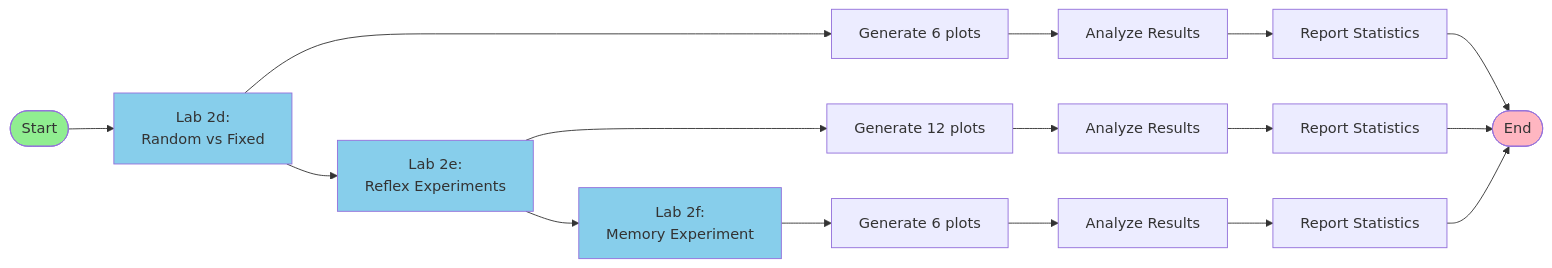
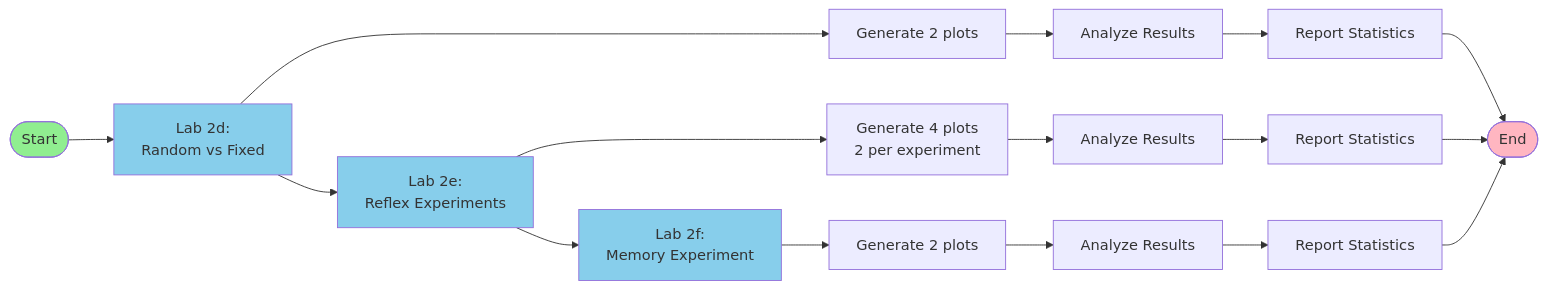
One commit to kabir0st/poker-playing-ai-agents changed the seventh of 7 diagrams in documentation/FLOW_DIAGRAMS.md. Above: the diagram before and after it, drawn with Mermaid. The commit also changed other lines of this file and 11 other files, not shown here.

````diff
--- a/documentation/FLOW_DIAGRAMS.md
+++ b/documentation/FLOW_DIAGRAMS.md
@@ -320,28 +353,28 @@
 ```mermaid
 flowchart LR
     Start([Start]) --> Lab2d[Lab 2d:<br/>Random vs Fixed]
     Lab2d --> Lab2e[Lab 2e:<br/>Reflex Experiments]
     Lab2e --> Lab2f[Lab 2f:<br/>Memory Experiment]
 
-    Lab2d --> Plots1[Generate 6 plots]
-    Lab2e --> Plots2[Generate 12 plots]
-    Lab2f --> Plots3[Generate 6 plots]
+    Lab2d --> Plots1[Generate 2 plots]
+    Lab2e --> Plots2[Generate 4 plots<br/>2 per experiment]
+    Lab2f --> Plots3[Generate 2 plots]
 
     Plots1 --> Analysis1[Analyze Results]
     Plots2 --> Analysis2[Analyze Results]
     Plots3 --> Analysis3[Analyze Results]
 
     Analysis1 --> Report1[Report Statistics]
     Analysis2 --> Report2[Report Statistics]
     Analysis3 --> Report3[Report Statistics]
 
     Report1 --> End([End])
     Report2 --> End
     Report3 --> End
 
     style Start fill:#90EE90
     style End fill:#FFB6C1
     style Lab2d fill:#87CEEB
     style Lab2e fill:#87CEEB
     style Lab2f fill:#87CEEB
 ```
````
